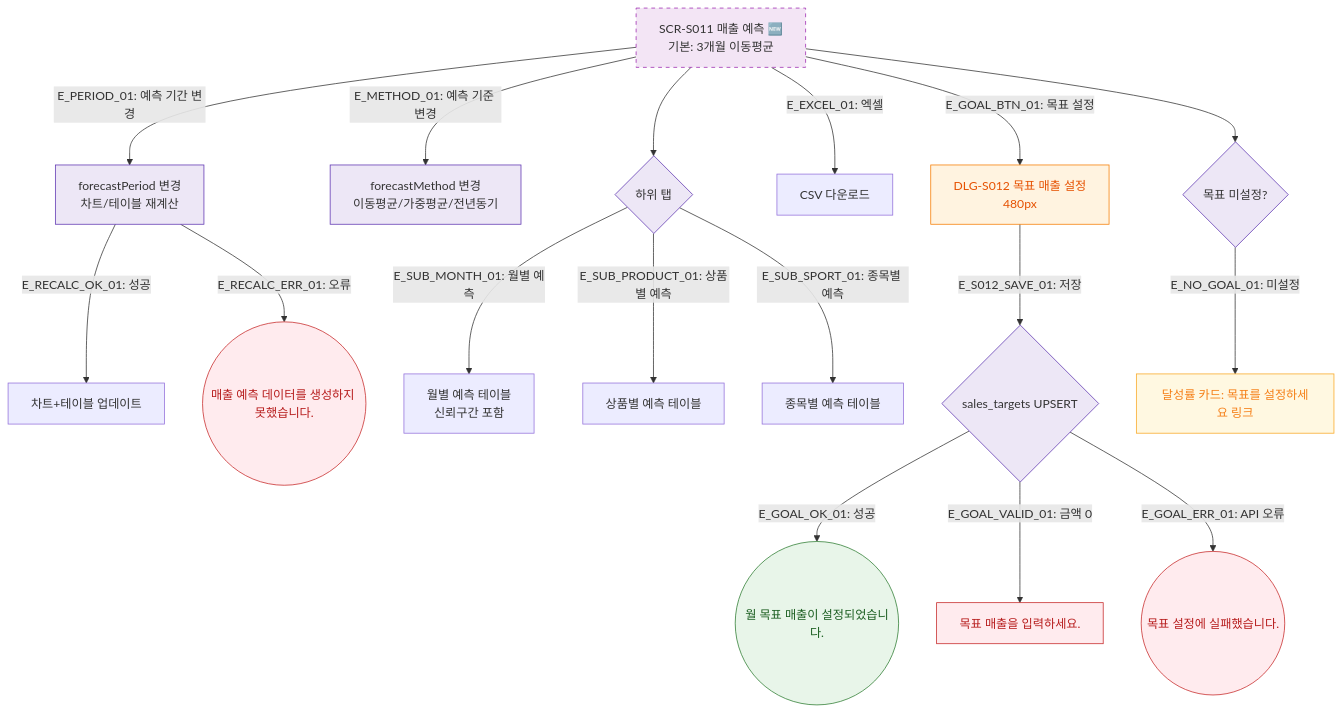
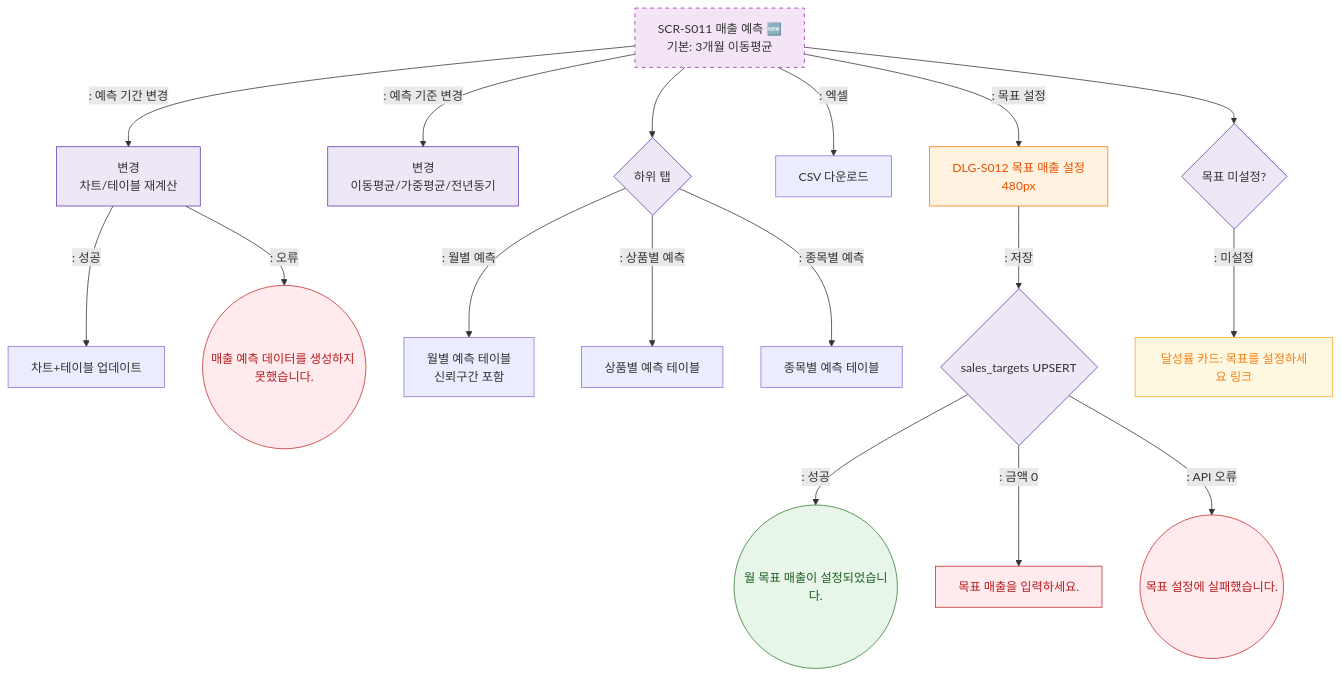
The diagram in docs/다이어그램/D03_매출관리/SCR-S011_매출예측/F2_메인.md (dev-spogym/admin-pando), drawn with Mermaid before and after one commit. The commit also changed other lines of this file and 1660 other files, not shown here.

First line of the commit message:
다이어그램: 기획자/클라이언트 납품본으로 정리

````diff
--- a/docs/다이어그램/D03_매출관리/SCR-S011_매출예측/F2_메인.md
+++ b/docs/다이어그램/D03_매출관리/SCR-S011_매출예측/F2_메인.md
@@ -20,39 +18,39 @@
 ```mermaid
 flowchart TD
     S011[SCR-S011 매출 예측 🆕\n기본: 3개월 이동평균]
 
-    S011 -->|"E_PERIOD_01: 예측 기간 변경"| PERIOD_RECALC[forecastPeriod 변경\n차트/테이블 재계산]
-    S011 -->|"E_METHOD_01: 예측 기준 변경"| METHOD_RECALC[forecastMethod 변경\n이동평균/가중평균/전년동기]
-    S011 -->|"E_GOAL_BTN_01: 목표 설정"| DLG_S012[DLG-S012 목표 매출 설정\n480px]
-    S011 -->|"E_EXCEL_01: 엑셀"| EXCEL_DOWN[CSV 다운로드]
+    S011 -->|": 예측 기간 변경"|PERIOD_RECALC[변경\n차트/테이블 재계산]
+    S011 -->|": 예측 기준 변경"|METHOD_RECALC[변경\n이동평균/가중평균/전년동기]
+    S011 -->|": 목표 설정"|DLG_S012[DLG-S012 목표 매출 설정\n480px]
+    S011 -->|": 엑셀"|EXCEL_DOWN[CSV 다운로드]
 
-    PERIOD_RECALC -->|"E_RECALC_OK_01: 성공"| CHART_UPDATE[차트+테이블 업데이트]
-    PERIOD_RECALC -->|"E_RECALC_ERR_01: 오류"| ERR_RECALC((매출 예측 데이터를 생성하지 못했습니다.))
+    PERIOD_RECALC -->|": 성공"|CHART_UPDATE[차트+테이블 업데이트]
+    PERIOD_RECALC -->|": 오류"|ERR_RECALC((매출 예측 데이터를 생성하지 못했습니다.))
 
     S011 --> SUB_TAB{하위 탭}
-    SUB_TAB -->|"E_SUB_MONTH_01: 월별 예측"| MONTH_VIEW[월별 예측 테이블\n신뢰구간 포함]
-    SUB_TAB -->|"E_SUB_PRODUCT_01: 상품별 예측"| PRODUCT_VIEW[상품별 예측 테이블]
-    SUB_TAB -->|"E_SUB_SPORT_01: 종목별 예측"| SPORT_VIEW[종목별 예측 테이블]
+    SUB_TAB -->|": 월별 예측"|MONTH_VIEW[월별 예측 테이블\n신뢰구간 포함]
+    SUB_TAB -->|": 상품별 예측"|PRODUCT_VIEW[상품별 예측 테이블]
+    SUB_TAB -->|": 종목별 예측"|SPORT_VIEW[종목별 예측 테이블]
 
-    DLG_S012 -->|"E_S012_SAVE_01: 저장"| GOAL_EXEC{sales_targets UPSERT}
-    GOAL_EXEC -->|"E_GOAL_OK_01: 성공"| TOAST_GOAL_OK((월 목표 매출이 설정되었습니다.))
-    GOAL_EXEC -->|"E_GOAL_VALID_01: 금액 0"| ERR_GOAL[목표 매출을 입력하세요.]
-    GOAL_EXEC -->|"E_GOAL_ERR_01: API 오류"| TOAST_GOAL_ERR((목표 설정에 실패했습니다.))
+    DLG_S012 -->|": 저장"|GOAL_EXEC{sales_targets UPSERT}
+    GOAL_EXEC -->|": 성공"|TOAST_GOAL_OK((월 목표 매출이 설정되었습니다.))
+    GOAL_EXEC -->|": 금액 0"|ERR_GOAL[목표 매출을 입력하세요.]
+    GOAL_EXEC -->|": API 오류"|TOAST_GOAL_ERR((목표 설정에 실패했습니다.))
 
     S011 --> GOAL_STATE{목표 미설정?}
-    GOAL_STATE -->|"E_NO_GOAL_01: 미설정"| NO_GOAL_LINK[달성률 카드: 목표를 설정하세요 링크]
+    GOAL_STATE -->|": 미설정"|NO_GOAL_LINK[달성률 카드: 목표를 설정하세요 링크]
 
     classDef newFeature fill:#F3E5F5,stroke:#9C27B0,stroke-dasharray:5 5
     classDef modal fill:#FFF3E0,stroke:#F57C00,color:#E65100
     classDef error fill:#FFEBEE,stroke:#C62828,color:#B71C1C
     classDef success fill:#E8F5E9,stroke:#2E7D32,color:#1B5E20
     classDef system fill:#EDE7F6,stroke:#5E35B2
     classDef warning fill:#FFF8E1,stroke:#F9A825,color:#F57F17
 
     class S011 newFeature
     class DLG_S012 modal
     class ERR_RECALC,ERR_GOAL,TOAST_GOAL_ERR error
     class TOAST_GOAL_OK success
     class PERIOD_RECALC,METHOD_RECALC,SUB_TAB,GOAL_EXEC,GOAL_STATE system
     class NO_GOAL_LINK warning
 ```
````
